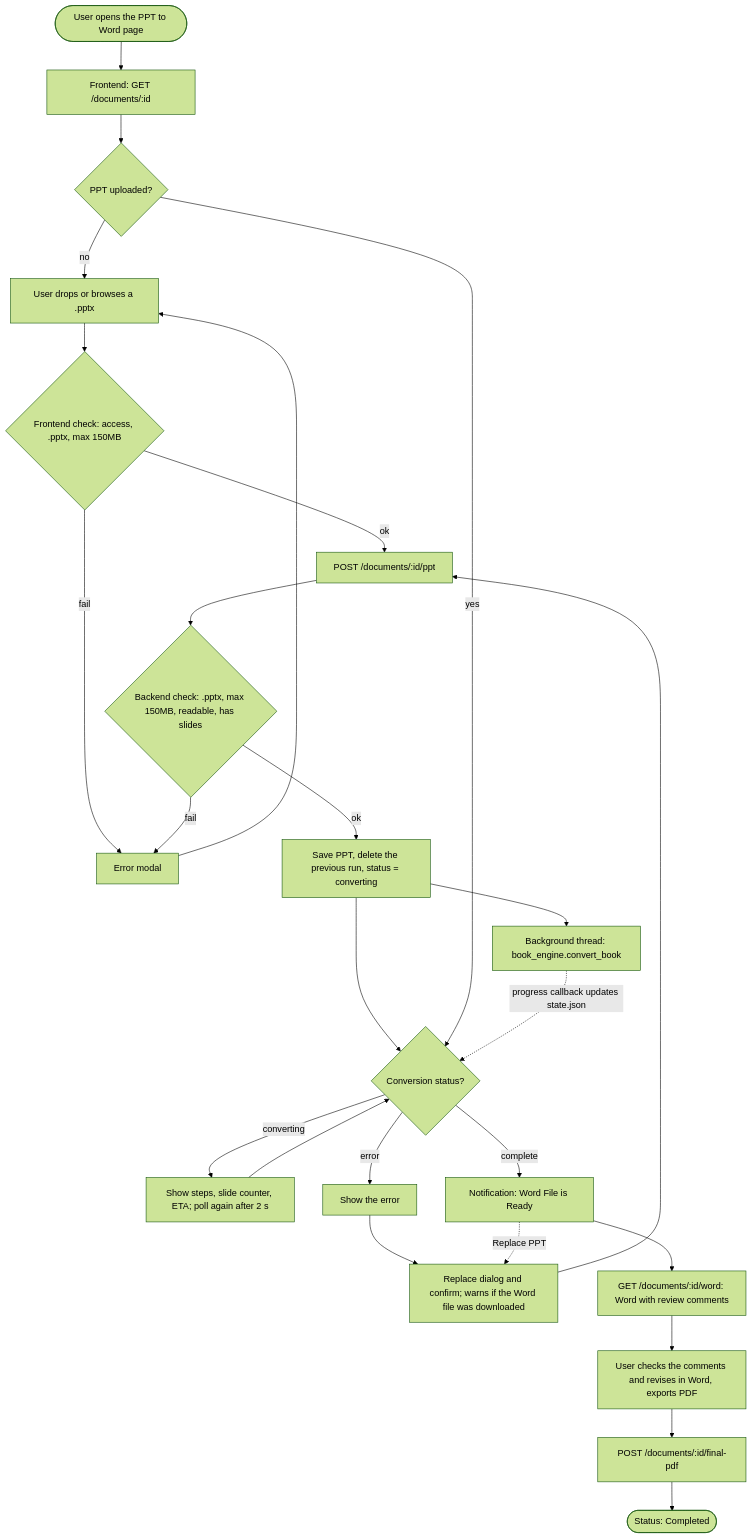
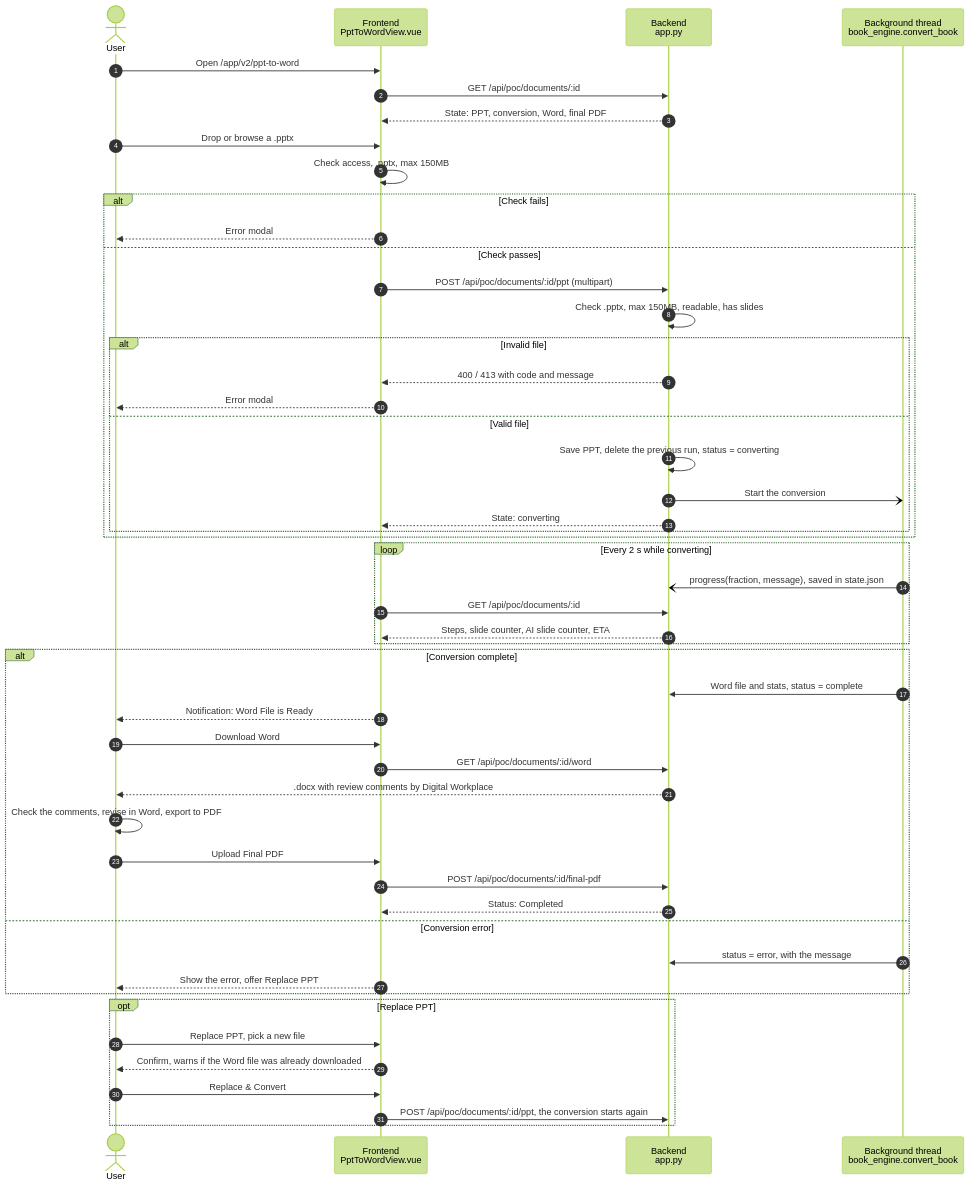
The first of 2 diagrams in README.md (onggosn/dwp-ppt-to-word), drawn with Mermaid (forest theme) before and after one commit. The commit also changed other lines of this file, not shown here.

Commit message:
docs: sequence diagrams instead of flowcharts for the flow
Page and API: User, Frontend, Backend and the background thread, with
the upload checks, polling, Word download, final PDF and Replace PPT.
Conversion engine: book_engine, slide_reader, the renderer, Claude on
Bedrock and the Word writer, with the render fallbacks, outline,
per-slide writing, number check and review comments.

````diff
--- a/README.md
+++ b/README.md
@@ -64,24 +64,56 @@
 ```mermaid
-flowchart TD
-    start([User opens the PPT to Word page]) --> load["Frontend: GET /documents/:id"]
-    load --> hasPpt{PPT uploaded?}
-    hasPpt -- no --> pick[User drops or browses a .pptx]
-    pick --> fcheck{"Frontend check: access, .pptx, max 150MB"}
-    fcheck -- fail --> modal[Error modal] --> pick
-    fcheck -- ok --> upload["POST /documents/:id/ppt"]
-    upload --> bcheck{"Backend check: .pptx, max 150MB, readable, has slides"}
-    bcheck -- fail --> modal
-    bcheck -- ok --> save["Save PPT, delete the previous run, status = converting"]
-    save --> thread["Background thread: book_engine.convert_book"]
-    save --> poll
-    hasPpt -- yes --> poll{Conversion status?}
-    thread -. "progress callback updates state.json" .-> poll
-    poll -- converting --> progress["Show steps, slide counter, ETA; poll again after 2 s"] --> poll
-    poll -- error --> failed[Show the error] --> replace
-    poll -- complete --> ready["Notification: Word File is Ready"]
-    ready --> download["GET /documents/:id/word: Word with review comments"]
-    download --> revise[User checks the comments and revises in Word, exports PDF]
-    revise --> pdf["POST /documents/:id/final-pdf"] --> done([Status: Completed])
-    ready -. Replace PPT .-> replace["Replace dialog and confirm; warns if the Word file was downloaded"]
-    replace --> upload
+sequenceDiagram
+    autonumber
+    actor U as User
+    participant FE as Frontend<br/>PptToWordView.vue
+    participant API as Backend<br/>app.py
+    participant BG as Background thread<br/>book_engine.convert_book
+
+    U->>FE: Open /app/v2/ppt-to-word
+    FE->>API: GET /api/poc/documents/:id
+    API-->>FE: State: PPT, conversion, Word, final PDF
+    U->>FE: Drop or browse a .pptx
+    FE->>FE: Check access, .pptx, max 150MB
+    alt Check fails
+        FE-->>U: Error modal
+    else Check passes
+        FE->>API: POST /api/poc/documents/:id/ppt (multipart)
+        API->>API: Check .pptx, max 150MB, readable, has slides
+        alt Invalid file
+            API-->>FE: 400 / 413 with code and message
+            FE-->>U: Error modal
+        else Valid file
+            API->>API: Save PPT, delete the previous run, status = converting
+            API-)BG: Start the conversion
+            API-->>FE: State: converting
+        end
+    end
+
+    loop Every 2 s while converting
+        BG-)API: progress(fraction, message), saved in state.json
+        FE->>API: GET /api/poc/documents/:id
+        API-->>FE: Steps, slide counter, AI slide counter, ETA
+    end
+
+    alt Conversion complete
+        BG->>API: Word file and stats, status = complete
+        FE-->>U: Notification: Word File is Ready
+        U->>FE: Download Word
+        FE->>API: GET /api/poc/documents/:id/word
+        API-->>U: .docx with review comments by Digital Workplace
+        U->>U: Check the comments, revise in Word, export to PDF
+        U->>FE: Upload Final PDF
+        FE->>API: POST /api/poc/documents/:id/final-pdf
+        API-->>FE: Status: Completed
+    else Conversion error
+        BG->>API: status = error, with the message
+        FE-->>U: Show the error, offer Replace PPT
+    end
+
+    opt Replace PPT
+        U->>FE: Replace PPT, pick a new file
+        FE-->>U: Confirm, warns if the Word file was already downloaded
+        U->>FE: Replace & Convert
+        FE->>API: POST /api/poc/documents/:id/ppt, the conversion starts again
+    end
 ```
````
